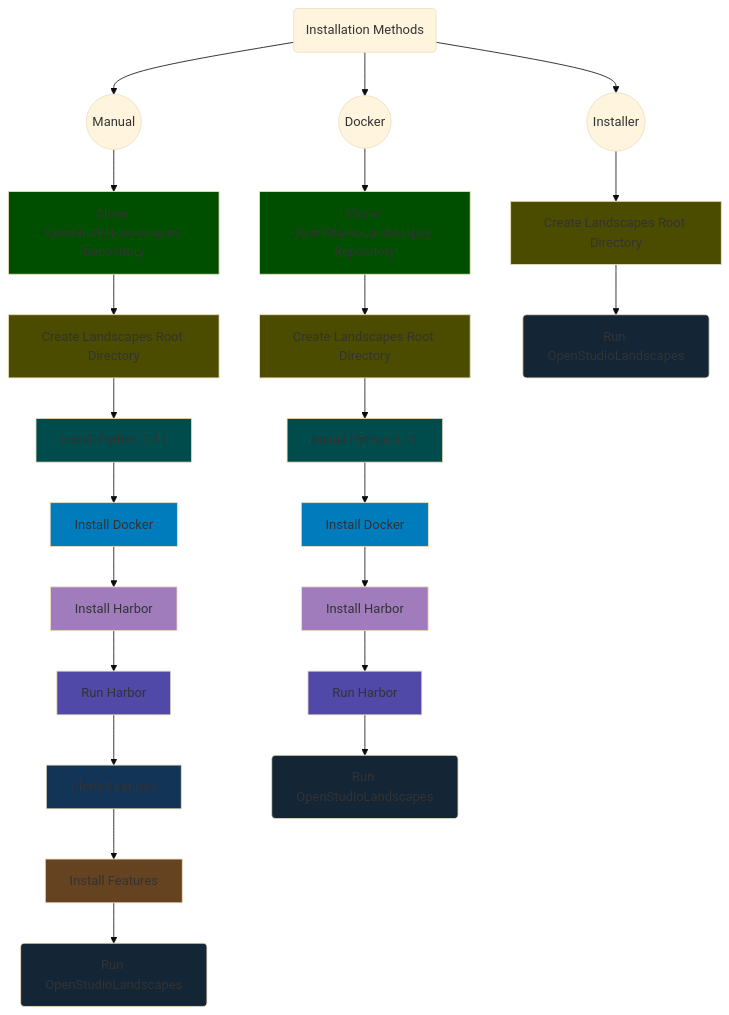
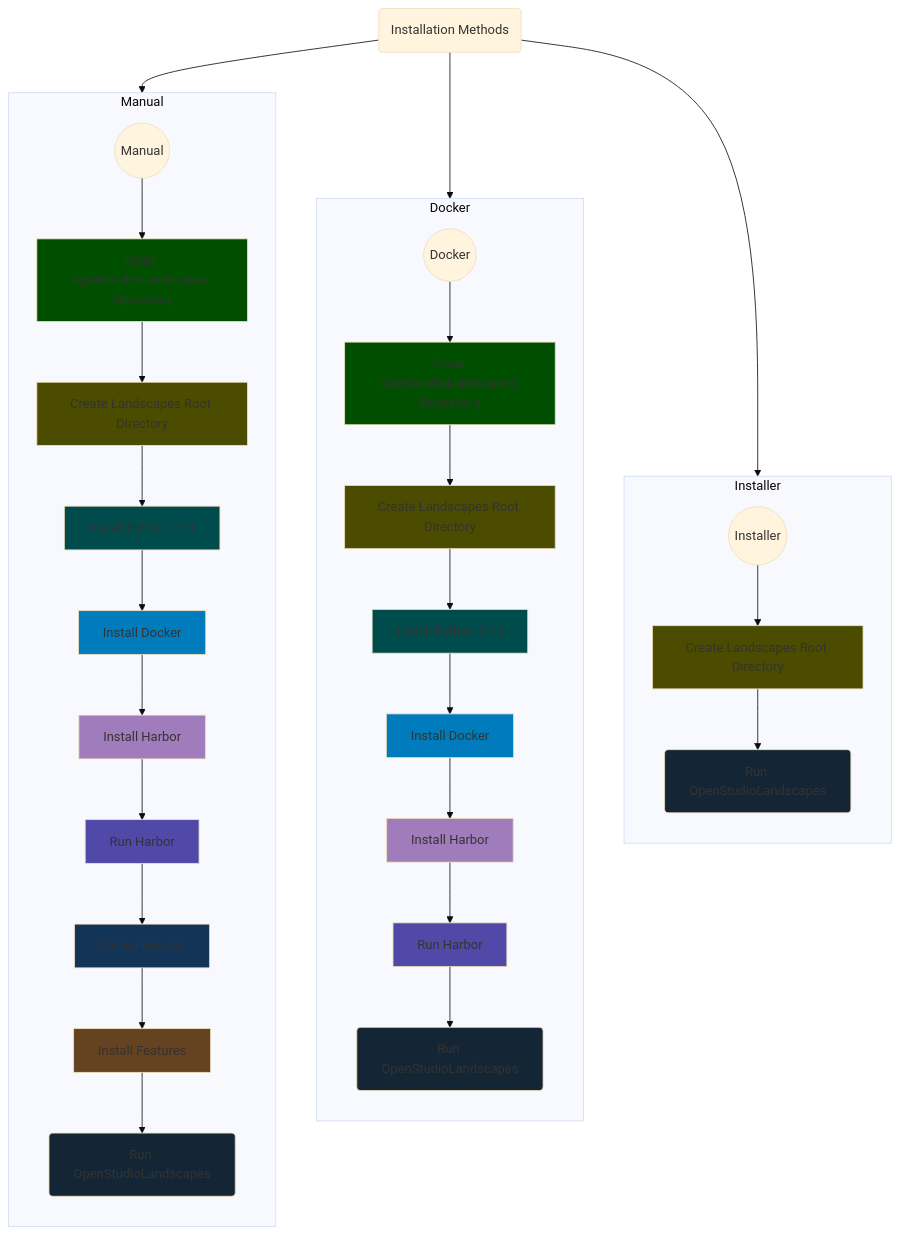
One commit to michimussato/OpenStudioLandscapes changed the diagram in wiki/README.md. Above: the diagram before and after it, drawn with Mermaid (base theme).

Commit message:
refactor

````diff
--- a/wiki/README.md
+++ b/wiki/README.md
@@ -20,78 +20,85 @@
     script((Installer))
     click script href "https://github.com/michimussato/OpenStudioLandscapes/blob/main/wiki/installation/basic_installation_from_script.md"
     
+    classDef clone_repo fill:#004f00;
     clone_repo_manual[Clone OpenStudioLandscapes Repository]
     click clone_repo_manual href "https://github.com/michimussato/OpenStudioLandscapes/blob/main/wiki/installation/basic_installation.md#clone-repository"
     clone_repo_docker[Clone OpenStudioLandscapes Repository]
     click clone_repo_docker href "https://github.com/michimussato/OpenStudioLandscapes/blob/main/wiki/installation/basic_installation.md#clone-repository"
+    class clone_repo_manual,clone_repo_docker clone_repo;
     
+    classDef landscapes_root fill:#4c4c00;
     landscapes_root_manual[Create Landscapes Root Directory]
     click landscapes_root_manual href "https://github.com/michimussato/OpenStudioLandscapes/blob/main/wiki/installation/basic_installation.md#create-landscapes-root-directory"
     landscapes_root_docker[Create Landscapes Root Directory]
     click landscapes_root_docker href "https://github.com/michimussato/OpenStudioLandscapes/blob/main/wiki/installation/basic_installation.md#create-landscapes-root-directory"
     landscapes_root_script[Create Landscapes Root Directory]
     click landscapes_root_script href "https://github.com/michimussato/OpenStudioLandscapes/blob/main/wiki/installation/basic_installation.md#create-landscapes-root-directory"
+    class landscapes_root_manual,landscapes_root_docker,landscapes_root_script landscapes_root
     
+    classDef install_python fill:#004c4c;
     install_python_manual[Install Python 3.11]
     click install_python_manual href "https://github.com/michimussato/OpenStudioLandscapes/blob/main/wiki/installation/basic_installation.md#install-python311"
     install_python_docker[Install Python 3.11]
     click install_python_docker href "https://github.com/michimussato/OpenStudioLandscapes/blob/main/wiki/installation/basic_installation.md#install-python311"
+    class install_python_manual,install_python_docker install_python
 
+    classDef install_docker fill:#007cbc;
     install_docker_manual[Install Docker]
     click install_docker_manual href "https://github.com/michimussato/OpenStudioLandscapes/blob/main/wiki/installation/basic_installation.md#install-docker"
     install_docker_docker[Install Docker]
     click install_docker_docker href "https://github.com/michimussato/OpenStudioLandscapes/blob/main/wiki/installation/basic_installation.md#install-docker"
+    class install_docker_manual,install_docker_docker install_docker
     
+    classDef install_harbor fill:#a07cbc;
     install_harbor_manual[Install Harbor]
     click install_harbor_manual href "https://github.com/michimussato/OpenStudioLandscapes/blob/main/wiki/installation/basic_installation.md#harbor"
     install_harbor_docker[Install Harbor]
     click install_harbor_docker href "https://github.com/michimussato/OpenStudioLandscapes/blob/main/wiki/installation/basic_installation.md#harbor"
+    class install_harbor_manual,install_harbor_docker install_harbor
     
+    classDef run_harbor fill:#5049a7;
     run_harbor_manual[Run Harbor]
     click run_harbor_manual href "https://github.com/michimussato/OpenStudioLandscapes/blob/main/wiki/run/run_harbor.md#up"
     run_harbor_docker[Run Harbor]
     click run_harbor_docker href "https://github.com/michimussato/OpenStudioLandscapes/blob/main/wiki/run/run_harbor.md#up"
+    class run_harbor_manual,run_harbor_docker run_harbor
     
+    classDef clone_features fill:#123456;
     clone_features_manual[Clone Features]
     click clone_features_manual href "https://github.com/michimussato/OpenStudioLandscapes/blob/main/wiki/installation/install_features.md#clone-features"
+    class clone_features_manual clone_features
+    
+    classDef install_features fill:#654321;
     install_features_manual[Install Features]
     click install_features_manual href "https://github.com/michimussato/OpenStudioLandscapes/blob/main/wiki/installation/install_features.md#install-features-1"
+    class install_features_manual install_features
     
+    classDef run fill:#142536;
     run_manual(Run OpenStudioLandscapes)
     click run_manual href "https://github.com/michimussato/OpenStudioLandscapes/blob/main/wiki/run_openstudiolandscapes/from_manual.md#up"
     run_docker(Run OpenStudioLandscapes)
     click run_docker href "https://github.com/michimussato/OpenStudioLandscapes/blob/main/wiki/run_openstudiolandscapes/from_docker_image.md"
     run_script(Run OpenStudioLandscapes)
     click run_script href "https://github.com/michimussato/OpenStudioLandscapes/blob/main/wiki/run_openstudiolandscapes/from_script.md#up-and-down"
+    class run_manual,run_docker,run_script run
     
-    installation_methods --> manual --> clone_repo_manual --> landscapes_root_manual --> install_python_manual --> install_docker_manual --> install_harbor_manual --> run_harbor_manual --> clone_features_manual --> install_features_manual --> run_manual
-    installation_methods --> docker --> clone_repo_docker --> landscapes_root_docker --> install_python_docker --> install_docker_docker --> install_harbor_docker --> run_harbor_docker --> run_docker
-    installation_methods --> script --> landscapes_root_script --> run_script
+    subgraph block_manual[Manual]
+        direction TB
+        manual --> clone_repo_manual --> landscapes_root_manual --> install_python_manual --> install_docker_manual --> install_harbor_manual --> run_harbor_manual --> clone_features_manual --> install_features_manual --> run_manual
+    end
     
-    classDef clone_repo fill:#004f00;
-    class clone_repo_manual,clone_repo_docker clone_repo;
+    subgraph block_docker[Docker]
+        direction TB
+        docker --> clone_repo_docker --> landscapes_root_docker --> install_python_docker --> install_docker_docker --> install_harbor_docker --> run_harbor_docker --> run_docker
+    end
     
-    classDef landscapes_root fill:#4c4c00;
-    class landscapes_root_manual,landscapes_root_docker,landscapes_root_script landscapes_root
+    subgraph block_installer[Installer]
+        direction TB
+        script --> landscapes_root_script --> run_script
+    end
     
-    classDef install_python fill:#004c4c;
-    class install_python_manual,install_python_docker install_python
-    
-    classDef install_docker fill:#007cbc;
-    class install_docker_manual,install_docker_docker install_docker
-    
-    classDef install_harbor fill:#a07cbc;
-    class install_harbor_manual,install_harbor_docker install_harbor
-    
-    classDef run_harbor fill:#5049a7;
-    class run_harbor_manual,run_harbor_docker run_harbor
-    
-    classDef clone_features fill:#123456;
-    class clone_features_manual clone_features
-    
-    classDef install_features fill:#654321;
-    class install_features_manual install_features
-    
-    classDef run fill:#142536;
-    class run_manual,run_docker,run_script run
+    installation_methods --> block_manual
+    installation_methods --> block_docker
+    installation_methods --> block_installer
 ```
````
